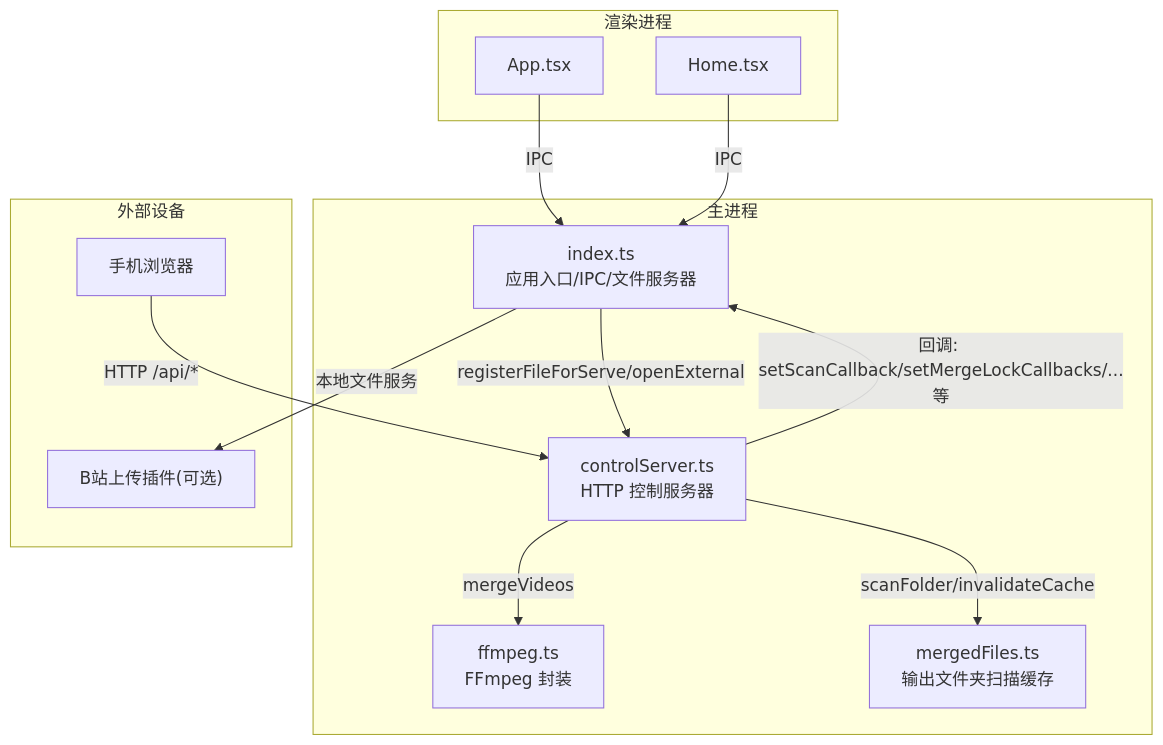
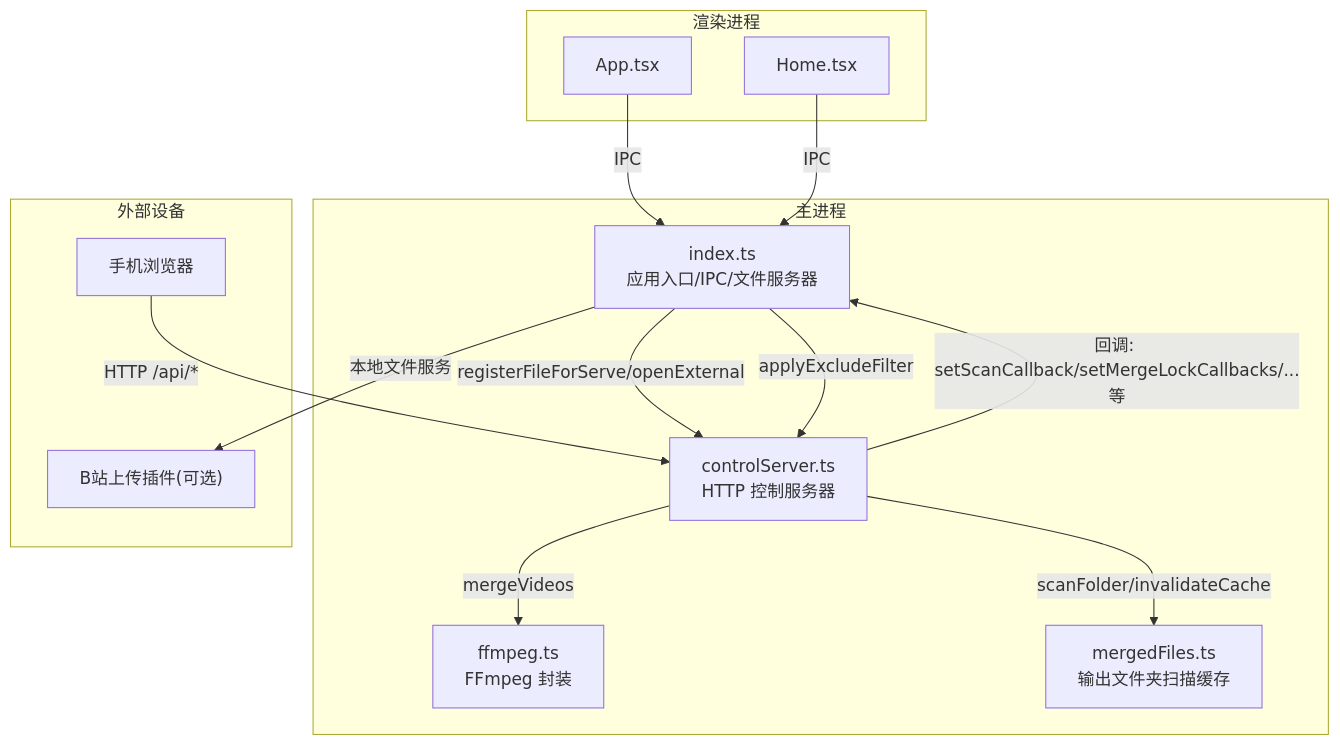
The first of 4 diagrams in .qoder/repowiki/zh/content/架构设计/移动端控制服务器.md (HoarfrostKimi/Video-Merger), drawn with Mermaid before and after one commit. The commit also changed other lines of this file and 43 other files, not shown here.

````diff
--- a/.qoder/repowiki/zh/content/架构设计/移动端控制服务器.md
+++ b/.qoder/repowiki/zh/content/架构设计/移动端控制服务器.md
@@ -47,25 +57,26 @@
 ```mermaid
 graph TB
 subgraph "主进程"
 A["index.ts<br/>应用入口/IPC/文件服务器"]
 B["controlServer.ts<br/>HTTP 控制服务器"]
 C["ffmpeg.ts<br/>FFmpeg 封装"]
 D["mergedFiles.ts<br/>输出文件夹扫描缓存"]
 end
 subgraph "渲染进程"
 R1["App.tsx"]
 R2["Home.tsx"]
 end
 subgraph "外部设备"
 M["手机浏览器"]
 P["B站上传插件(可选)"]
 end
 M --> |"HTTP /api/*"| B
 R1 --> |"IPC"| A
 R2 --> |"IPC"| A
 B --> |"回调: setScanCallback/setMergeLockCallbacks/...等"| A
 B --> |"mergeVideos"| C
 B --> |"scanFolder/invalidateCache"| D
 A --> |"registerFileForServe/openExternal"| B
 A --> |"本地文件服务"| P
+A --> |"applyExcludeFilter"| B
 ```
````
